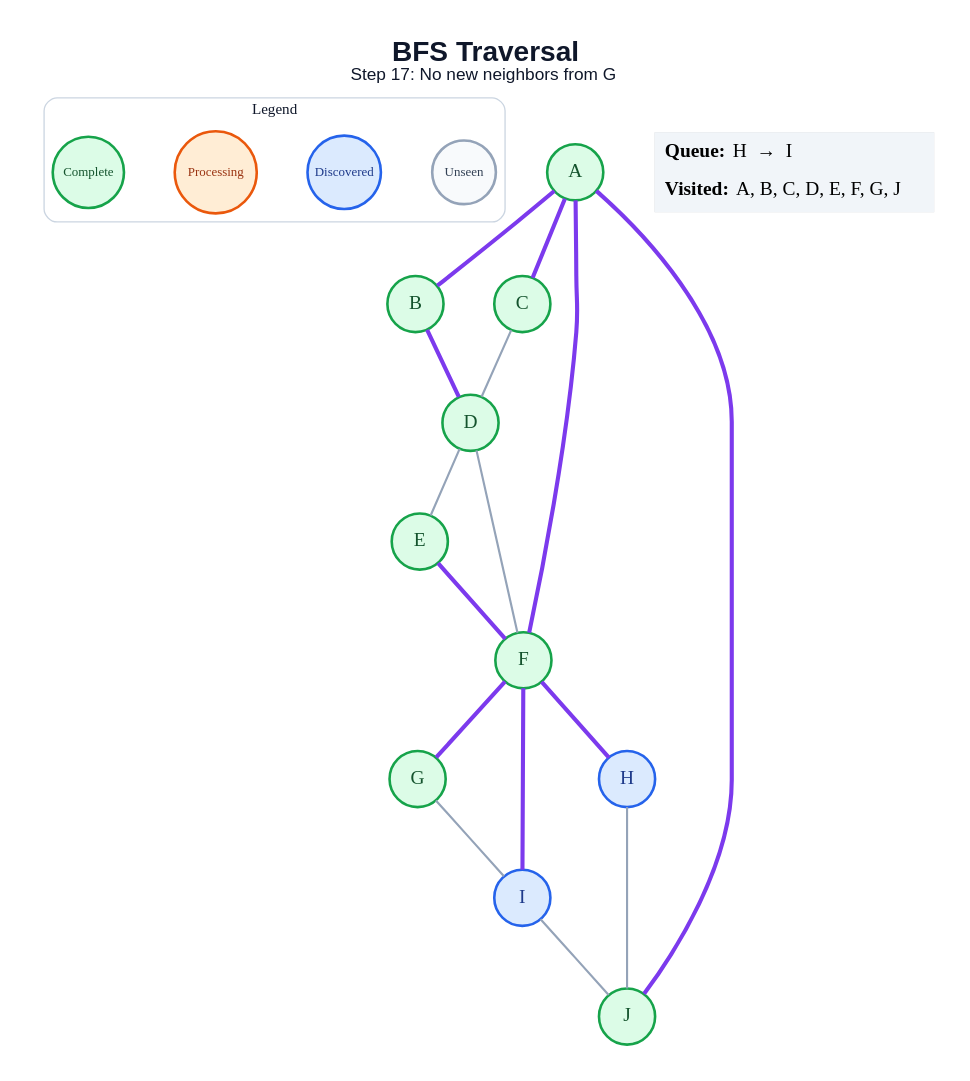
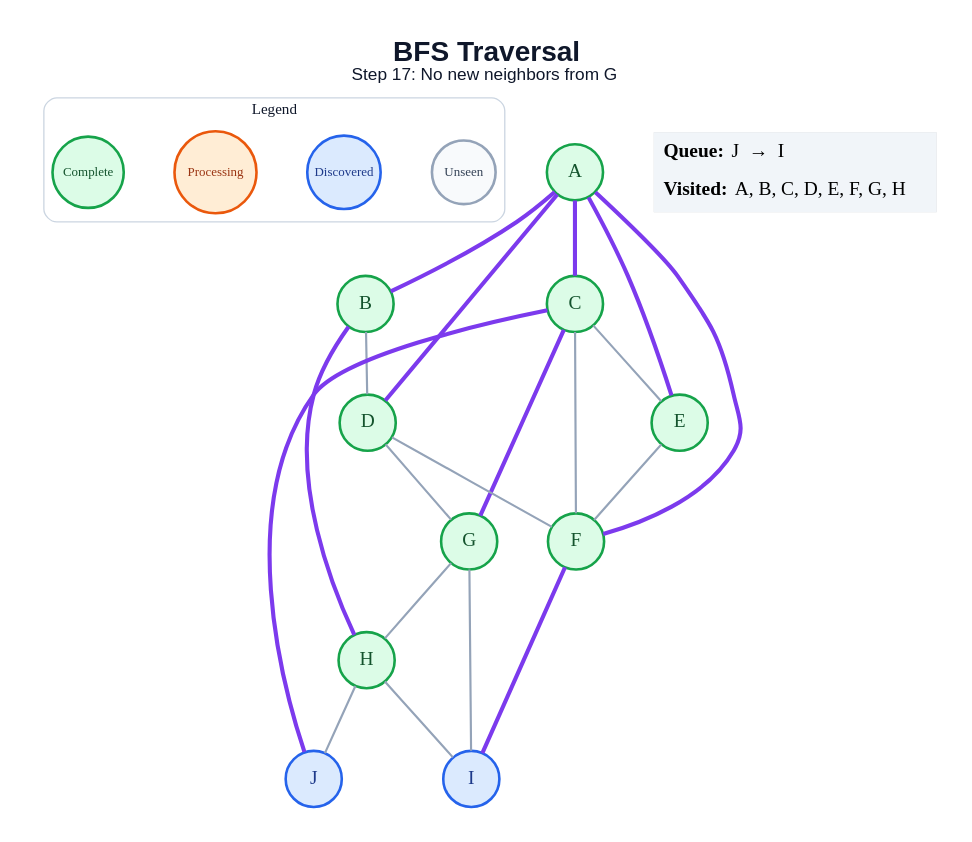
The diagram in generated/bfs/step_17.dot (amanghodawala9/ai-slop), drawn with Graphviz before and after one commit. The commit also changed 178 other files, not shown here.

```diff
--- a/generated/bfs/step_17.dot
+++ b/generated/bfs/step_17.dot
@@ -1,44 +1,48 @@
 graph traversal {
   graph [layout=dot, rankdir=TB, bgcolor="#FFFFFF", pad="0.35", nodesep="0.65", ranksep="0.8", fontname="Arial"];
   node [shape=circle, style="filled", fontname="Arial Bold", fontsize=18, width=0.72, fixedsize=true, penwidth=2.4];
   edge [color="#94A3B8", penwidth=2.0];
   label=<<B>BFS Traversal</B><BR/><FONT POINT-SIZE="16">Step 17: No new neighbors from G</FONT>>; labelloc="t"; fontsize=26; fontname="Arial"; fontcolor="#0F172A";
   subgraph cluster_legend { label="Legend"; color="#CBD5E1"; penwidth=1.2; style="rounded"; fontsize=14; fontname="Arial Bold";
     key_unseen [label="Unseen", fillcolor="#F8FAFC", color="#94A3B8", fontcolor="#334155", fontsize=12, width=0.82];
     key_frontier [label="Discovered", fillcolor="#DBEAFE", color="#2563EB", fontcolor="#1E3A8A", fontsize=12, width=0.95];
     key_current [label="Processing", fillcolor="#FFEDD5", color="#EA580C", fontcolor="#9A3412", fontsize=12, width=1.05];
     key_done [label="Complete", fillcolor="#DCFCE7", color="#16A34A", fontcolor="#14532D", fontsize=12, width=0.92];
     { rank=same; key_unseen; key_frontier; key_current; key_done; }
   }
   A [fillcolor="#DCFCE7", color="#16A34A", fontcolor="#14532D"];
   B [fillcolor="#DCFCE7", color="#16A34A", fontcolor="#14532D"];
   C [fillcolor="#DCFCE7", color="#16A34A", fontcolor="#14532D"];
   D [fillcolor="#DCFCE7", color="#16A34A", fontcolor="#14532D"];
   E [fillcolor="#DCFCE7", color="#16A34A", fontcolor="#14532D"];
   F [fillcolor="#DCFCE7", color="#16A34A", fontcolor="#14532D"];
   G [fillcolor="#DCFCE7", color="#16A34A", fontcolor="#14532D"];
-  H [fillcolor="#DBEAFE", color="#2563EB", fontcolor="#1E3A8A"];
+  H [fillcolor="#DCFCE7", color="#16A34A", fontcolor="#14532D"];
   I [fillcolor="#DBEAFE", color="#2563EB", fontcolor="#1E3A8A"];
-  J [fillcolor="#DCFCE7", color="#16A34A", fontcolor="#14532D"];
+  J [fillcolor="#DBEAFE", color="#2563EB", fontcolor="#1E3A8A"];
   A -- B [color="#7C3AED", penwidth=3.8];
   A -- C [color="#7C3AED", penwidth=3.8];
+  A -- D [color="#7C3AED", penwidth=3.8];
+  A -- E [color="#7C3AED", penwidth=3.8];
   A -- F [color="#7C3AED", penwidth=3.8];
-  A -- J [color="#7C3AED", penwidth=3.8];
-  B -- D [color="#7C3AED", penwidth=3.8];
-  C -- D;
-  D -- E;
+  B -- D;
+  B -- H [color="#7C3AED", penwidth=3.8];
+  C -- E;
+  C -- F;
+  C -- G [color="#7C3AED", penwidth=3.8];
+  C -- J [color="#7C3AED", penwidth=3.8];
   D -- F;
-  E -- F [color="#7C3AED", penwidth=3.8];
-  F -- G [color="#7C3AED", penwidth=3.8];
-  F -- H [color="#7C3AED", penwidth=3.8];
+  D -- G;
+  E -- F;
   F -- I [color="#7C3AED", penwidth=3.8];
+  G -- H;
   G -- I;
+  H -- I;
   H -- J;
-  I -- J;
   status [shape=plain, fixedsize=false, width=0, height=0, margin=0, label=<
     <TABLE BORDER="0" CELLBORDER="0" CELLPADDING="7" BGCOLOR="#F1F5F9">
-      <TR><TD ALIGN="LEFT"><B>Queue:</B> H  →  I</TD></TR>
-      <TR><TD ALIGN="LEFT"><B>Visited:</B> A, B, C, D, E, F, G, J</TD></TR>
+      <TR><TD ALIGN="LEFT"><B>Queue:</B> J  →  I</TD></TR>
+      <TR><TD ALIGN="LEFT"><B>Visited:</B> A, B, C, D, E, F, G, H</TD></TR>
     </TABLE>
   >];
 }
```
